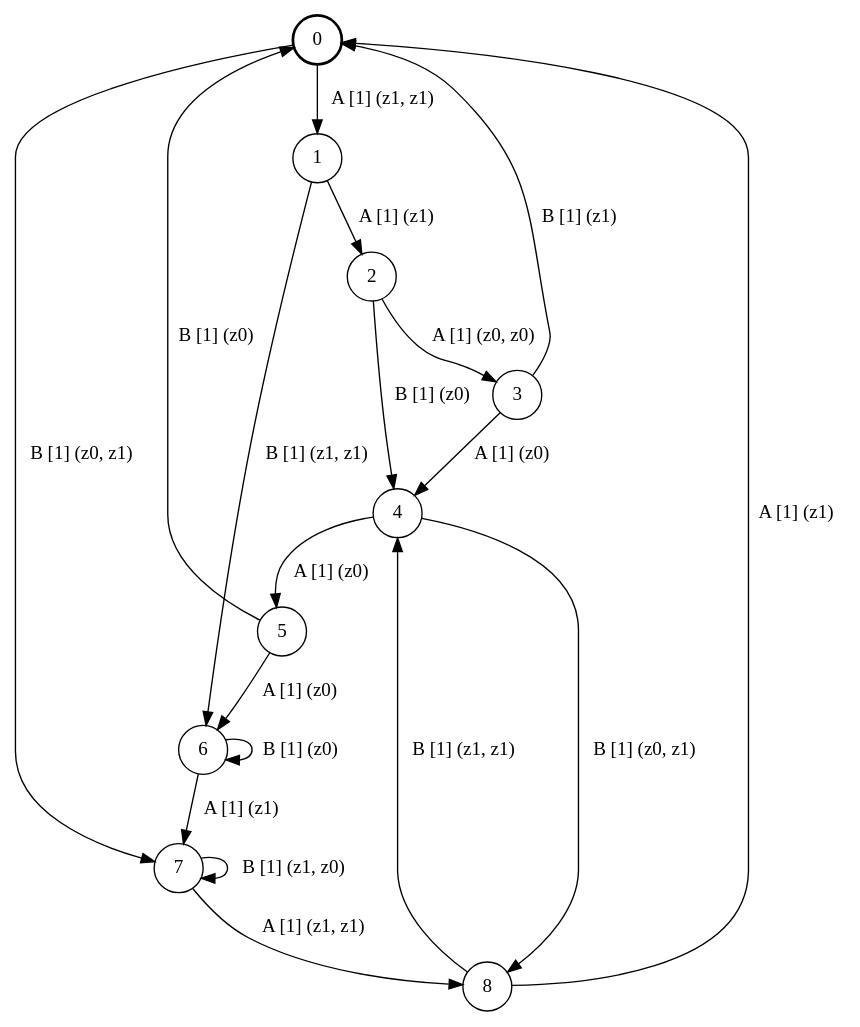
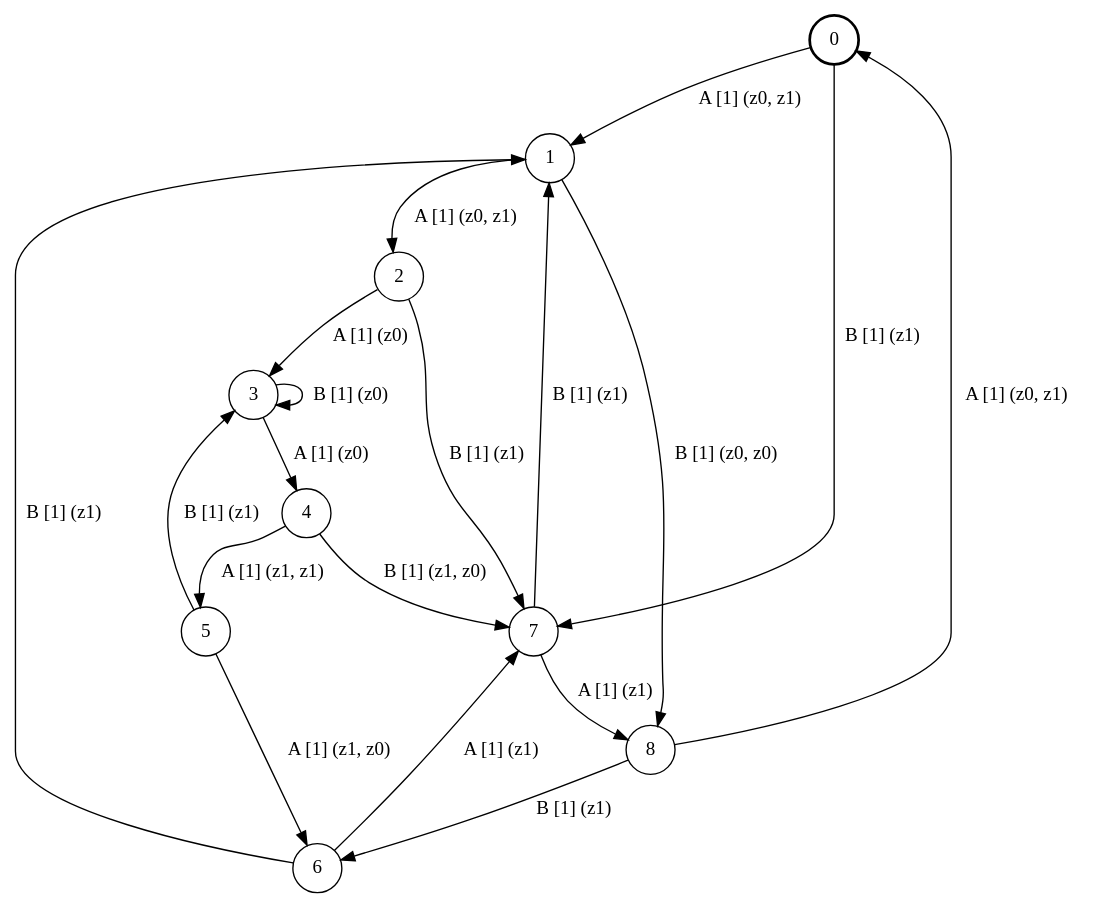
The diagram in qbf/testing/fsm_9s2e2a.dot (ulyantsev/EFSM-tools), drawn with Graphviz before and after one commit. The commit also changed 3063 other files, not shown here.

```diff
--- a/qbf/testing/fsm_9s2e2a.dot
+++ b/qbf/testing/fsm_9s2e2a.dot
@@ -1,24 +1,24 @@
 # generated file, don't try to modify
 # command: dot -Tpng <filename> > tree.png
 digraph Automaton {
     node [shape = circle];
     0 [style = "bold"];
-    0 -> 1 [label = "A [1] (z1, z1) "];
-    0 -> 7 [label = "B [1] (z0, z1) "];
-    1 -> 2 [label = "A [1] (z1) "];
-    1 -> 6 [label = "B [1] (z1, z1) "];
-    2 -> 3 [label = "A [1] (z0, z0) "];
-    2 -> 4 [label = "B [1] (z0) "];
+    0 -> 1 [label = "A [1] (z0, z1) "];
+    0 -> 7 [label = "B [1] (z1) "];
+    1 -> 2 [label = "A [1] (z0, z1) "];
+    1 -> 8 [label = "B [1] (z0, z0) "];
+    2 -> 3 [label = "A [1] (z0) "];
+    2 -> 7 [label = "B [1] (z1) "];
     3 -> 4 [label = "A [1] (z0) "];
-    3 -> 0 [label = "B [1] (z1) "];
-    4 -> 5 [label = "A [1] (z0) "];
-    4 -> 8 [label = "B [1] (z0, z1) "];
-    5 -> 6 [label = "A [1] (z0) "];
-    5 -> 0 [label = "B [1] (z0) "];
+    3 -> 3 [label = "B [1] (z0) "];
+    4 -> 5 [label = "A [1] (z1, z1) "];
+    4 -> 7 [label = "B [1] (z1, z0) "];
+    5 -> 6 [label = "A [1] (z1, z0) "];
+    5 -> 3 [label = "B [1] (z1) "];
     6 -> 7 [label = "A [1] (z1) "];
-    6 -> 6 [label = "B [1] (z0) "];
-    7 -> 8 [label = "A [1] (z1, z1) "];
-    7 -> 7 [label = "B [1] (z1, z0) "];
-    8 -> 0 [label = "A [1] (z1) "];
-    8 -> 4 [label = "B [1] (z1, z1) "];
+    6 -> 1 [label = "B [1] (z1) "];
+    7 -> 8 [label = "A [1] (z1) "];
+    7 -> 1 [label = "B [1] (z1) "];
+    8 -> 0 [label = "A [1] (z0, z1) "];
+    8 -> 6 [label = "B [1] (z1) "];
 }
```
